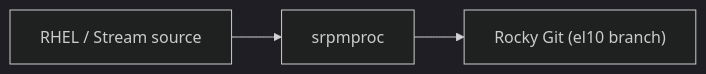
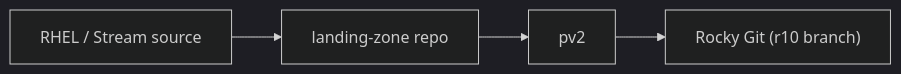
The eighth of 8 diagrams in content/21-inside-rocky-linux.md (ssimpson89/LinuxTrainingCourse), drawn with Mermaid (dark theme) before and after one commit. The commit also changed other lines of this file and 99 other files, not shown here.

````diff
--- a/content/21-inside-rocky-linux.md
+++ b/content/21-inside-rocky-linux.md
@@ -836,4 +887,4 @@
 ```mermaid
 flowchart LR
-    A[RHEL / Stream source] --> B[srpmproc] --> C["Rocky Git (el10 branch)"]
+    A[RHEL / Stream source] --> B[landing-zone repo] --> C[pv2] --> D["Rocky Git (r10 branch)"]
 ```
````
